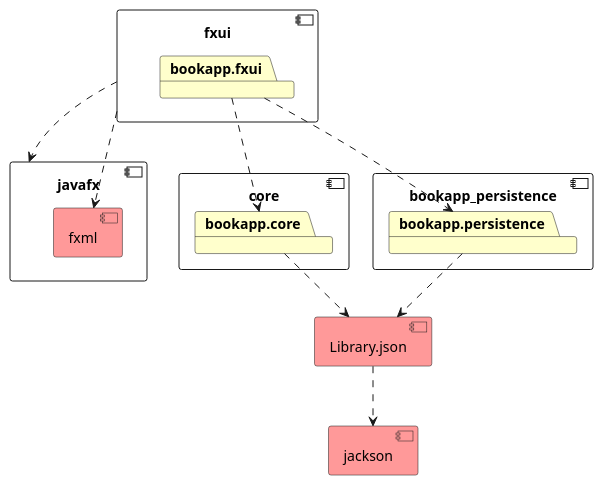
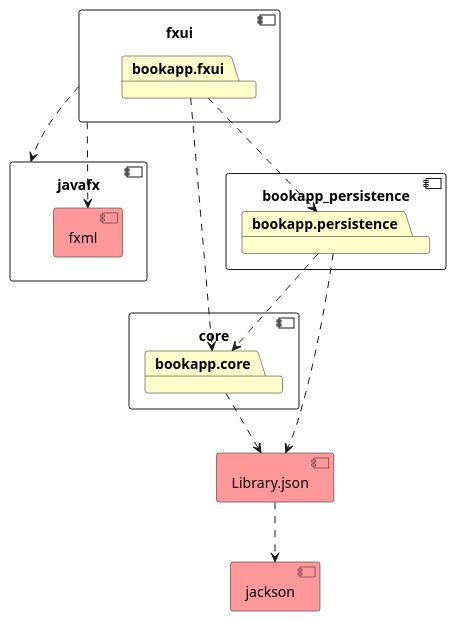
The diagram in docs/Architecture.plantuml (emillub/IT1901_Informatikk_Prosjektarbeid), drawn with PlantUML before and after one commit.

Commit message:
Fix: Siste endringer i PlantUML

```diff
--- a/docs/Architecture.plantuml
+++ b/docs/Architecture.plantuml
@@ -1,39 +1,40 @@
 @startuml Architecture
 
 [core] as bookapp_core
 [fxui] as bookapp_fxui
 [javafx] as javafx
 
 component bookapp_core {
     package bookapp.core #FFFFCC
 }
 
 component bookapp_fxui {
     package bookapp.fxui #FFFFCC
 }
 
 component javafx {
     component fxml #FF9999
 }
 
 component jackson #FF9999 {
 }
 
 component bookapp_persistence {
     package bookapp.persistence #FFFFCC
 }
 
 component Library.json #FF9999 {
 }
 
 
 '''Relationships'''
 bookapp_fxui ..> javafx
 bookapp_fxui ..> fxml
 Library.json ..> jackson
 bookapp.fxui ..> bookapp.core
 bookapp.persistence ..> Library.json
 bookapp.core ..> Library.json
 bookapp.fxui ..> bookapp.persistence
+bookapp.persistence ..> bookapp.core
 
 @enduml
```
